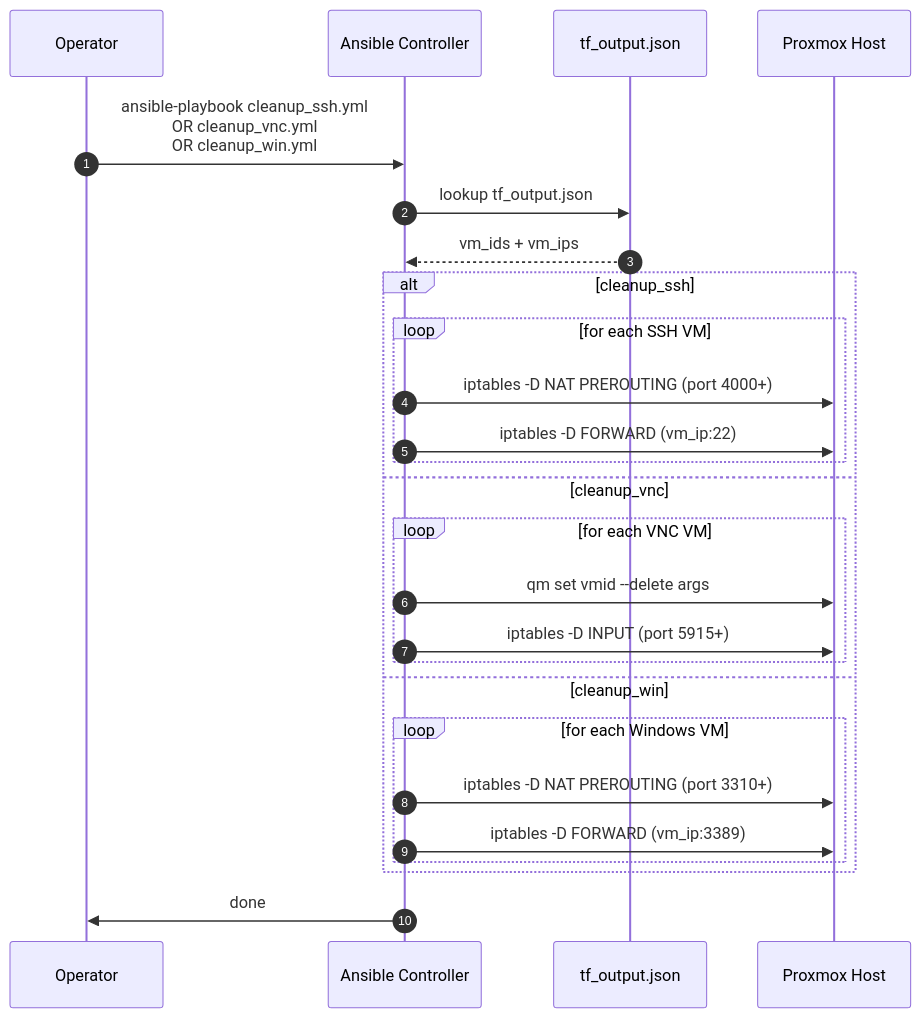
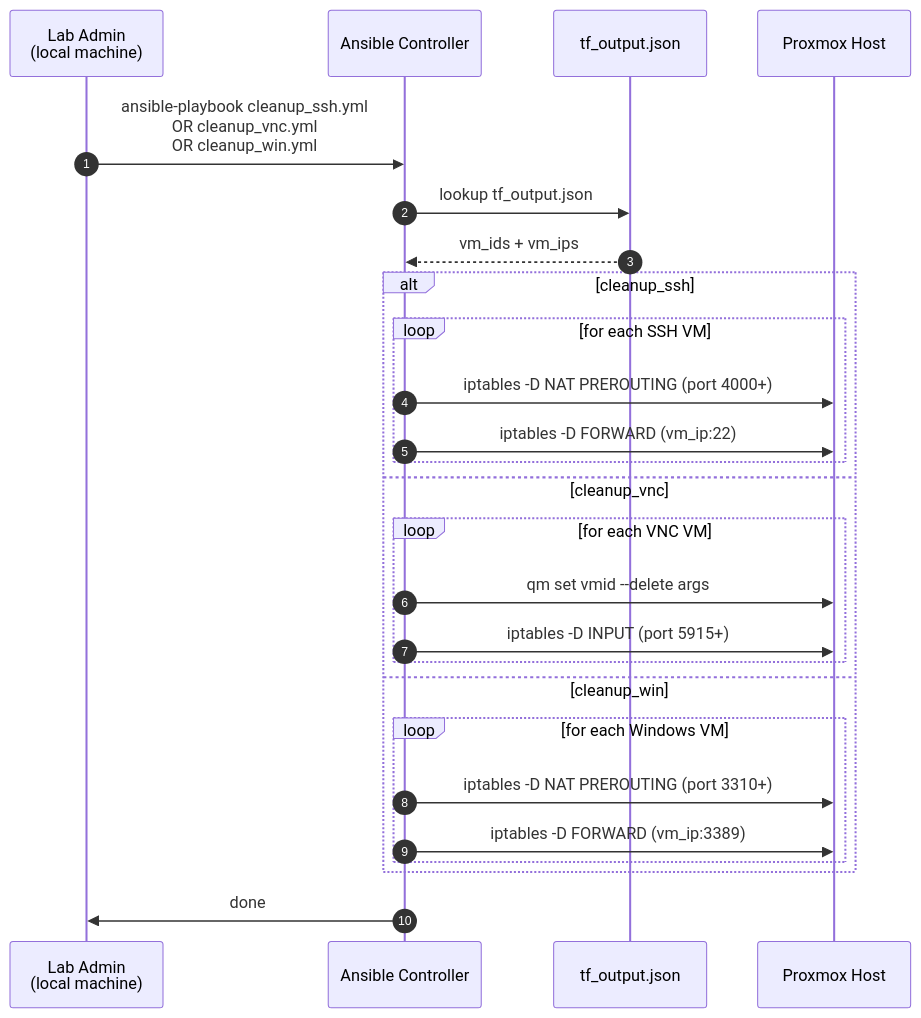
Before and after one commit to abdou-ing/playsoft-jilani-gharbi: the second of 2 diagrams in playsoft-infra/ansible/SEQUENCE.md, drawn with Mermaid. The commit also changed other lines of this file, not shown here.

Commit message:
sequence diagram add lab admin

````diff
--- a/playsoft-infra/ansible/SEQUENCE.md
+++ b/playsoft-infra/ansible/SEQUENCE.md
@@ -115,32 +115,32 @@
 ```mermaid
 sequenceDiagram
     autonumber
-    participant Op as Operator
+    participant Op as Lab Admin<br/>(local machine)
     participant AC as Ansible Controller
     participant TF as tf_output.json
     participant PVE as Proxmox Host
 
     Op->>AC: ansible-playbook cleanup_ssh.yml<br/>OR cleanup_vnc.yml<br/>OR cleanup_win.yml
 
     AC->>TF: lookup tf_output.json
     TF-->>AC: vm_ids + vm_ips
 
     alt cleanup_ssh
         loop for each SSH VM
             AC->>PVE: iptables -D NAT PREROUTING (port 4000+)
             AC->>PVE: iptables -D FORWARD (vm_ip:22)
         end
     else cleanup_vnc
         loop for each VNC VM
             AC->>PVE: qm set vmid --delete args
             AC->>PVE: iptables -D INPUT (port 5915+)
         end
     else cleanup_win
         loop for each Windows VM
             AC->>PVE: iptables -D NAT PREROUTING (port 3310+)
             AC->>PVE: iptables -D FORWARD (vm_ip:3389)
         end
     end
 
     AC->>Op: done
 ```
````
